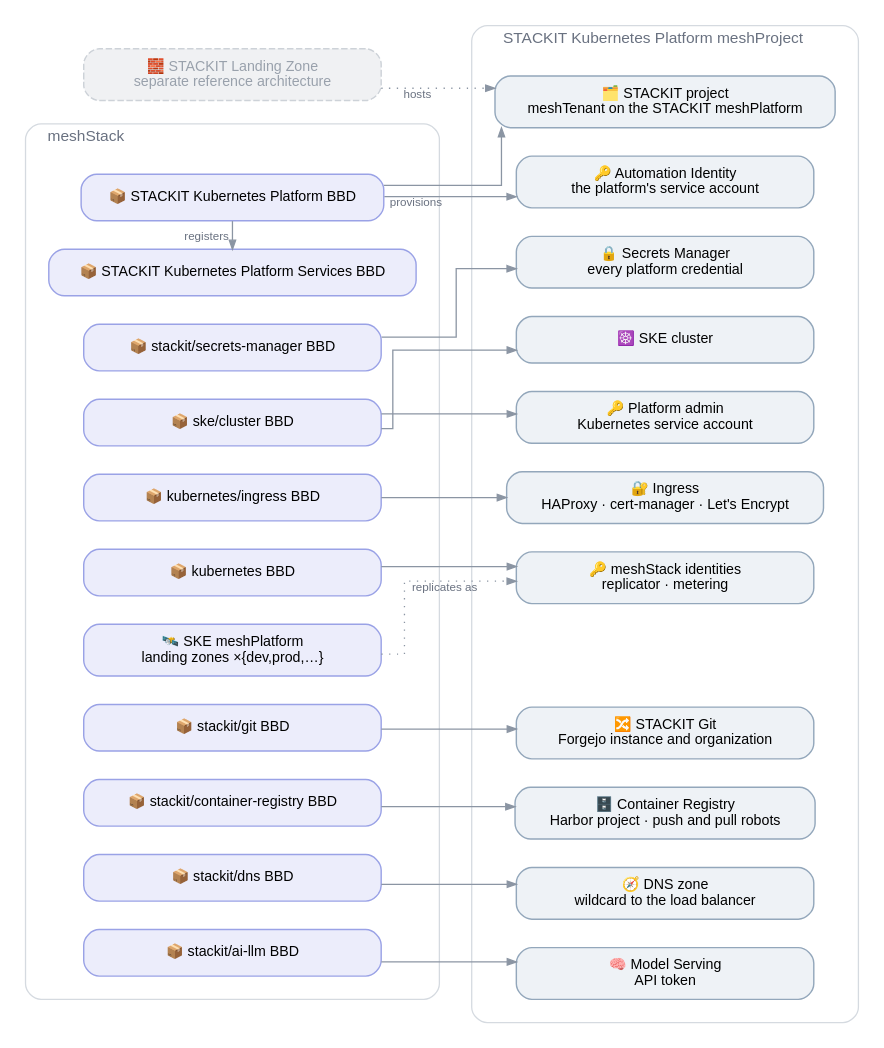
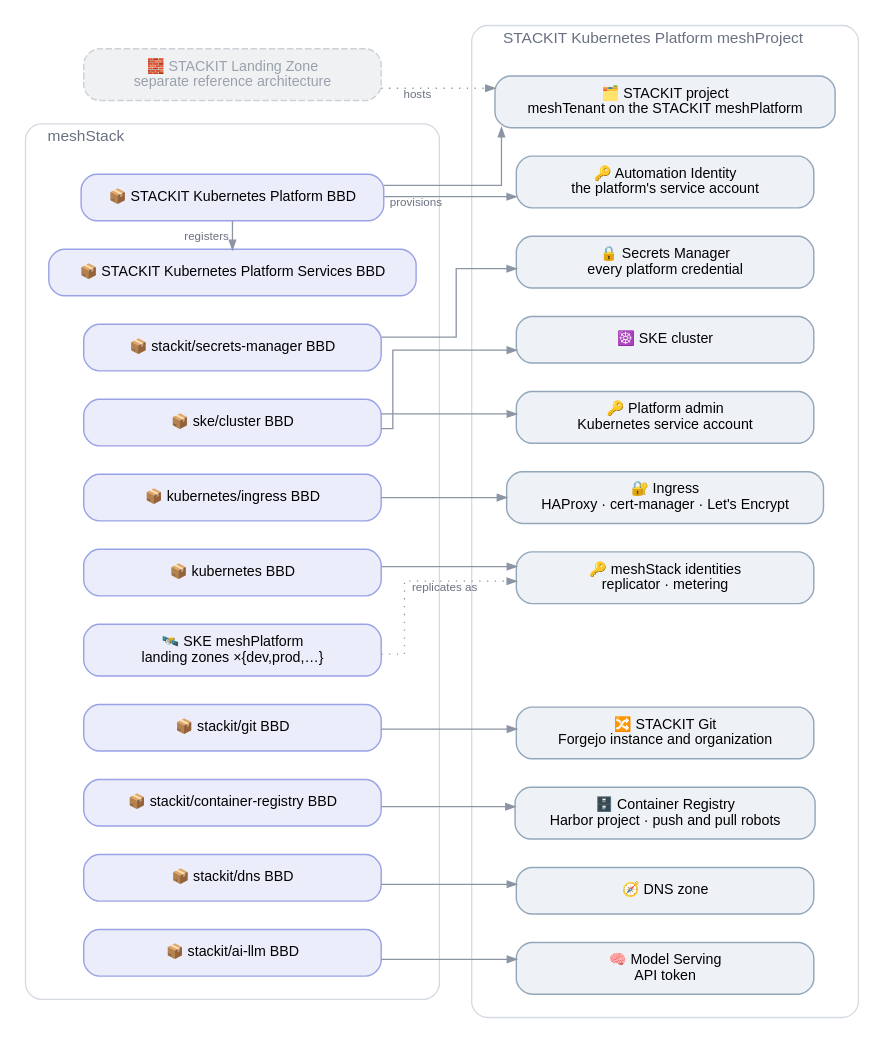
Before and after one commit to meshcloud/meshstack-hub: the diagram in reference-architectures/stackit-kubernetes/stackit-kubernetes.dot, drawn with Graphviz. The commit also changed 1 other file, not shown here.

Commit message:
docs(ref-arch/stackit-kubernetes): drop the wildcard note from the platform-team diagram

```diff
--- a/reference-architectures/stackit-kubernetes/stackit-kubernetes.dot
+++ b/reference-architectures/stackit-kubernetes/stackit-kubernetes.dot
@@ -1,85 +1,85 @@
 /*
  * STACKIT Kubernetes (SKE) reference architecture — platform-team view: the definitions the platform
  * registers and what each provisions. The per-application-team view is
  * stackit-kubernetes-app-team.dot; the building block tree is stackit-kubernetes-building-blocks.dot.
  * rankdir=LR stacks each column top-down, so the diagram stays narrow.
  * Conventions: .agents/references/diagrams.md — render with: task diagrams
  */
 digraph stackit_kubernetes_platform {
   rankdir=LR
   splines=ortho
   forcelabels=true
   bgcolor="white"
   nodesep=0.3
   ranksep=0.85
 
   node [shape=box style="rounded,filled" fontname="Helvetica" fontsize=11
         fillcolor="#ffffff" color="#a2abb8" penwidth=1.1 margin="0.20,0.11" width=3.2]
   edge [fontname="Helvetica" fontsize=9 fontcolor="#697180" color="#8b95a3" arrowsize=0.7]
 
   LZBB [label="🧱 STACKIT Landing Zone\nseparate reference architecture"
         style="rounded,filled,dashed" fillcolor="#f0f1f3" color="#cdd2d8" fontcolor="#99a1ac"]
 
   subgraph cluster_mesh {
     label="  meshStack"
     labeljust=l
     fontname="Helvetica" fontsize=12 fontcolor="#697180"
     style="rounded" color="#d5dae0"
     margin=18
 
     OUTER  [label="📦 STACKIT Kubernetes Platform BBD" fillcolor="#ecedfb" color="#9aa2e6"]
     SVC    [label="📦 STACKIT Kubernetes Platform Services BBD" fillcolor="#ecedfb" color="#9aa2e6"]
     BBD_S  [label="📦 stackit/secrets-manager BBD" fillcolor="#ecedfb" color="#9aa2e6"]
     BBD_K  [label="📦 ske/cluster BBD" fillcolor="#ecedfb" color="#9aa2e6"]
     BBD_I  [label="📦 kubernetes/ingress BBD" fillcolor="#ecedfb" color="#9aa2e6"]
     BBD_A  [label="📦 kubernetes BBD" fillcolor="#ecedfb" color="#9aa2e6"]
     PLAT   [label="🛰️ SKE meshPlatform\nlanding zones ×{dev,prod,…}" fillcolor="#ecedfb" color="#9aa2e6"]
     BBD_G  [label="📦 stackit/git BBD" fillcolor="#ecedfb" color="#9aa2e6"]
     BBD_H  [label="📦 stackit/container-registry BBD" fillcolor="#ecedfb" color="#9aa2e6"]
     BBD_D  [label="📦 stackit/dns BBD" fillcolor="#ecedfb" color="#9aa2e6"]
     BBD_M  [label="📦 stackit/ai-llm BBD" fillcolor="#ecedfb" color="#9aa2e6"]
 
     // Under rankdir=LR a same-rank chain stacks upwards, so it runs bottom to top.
     { rank=same; BBD_M -> BBD_D -> BBD_H -> BBD_G -> PLAT -> BBD_A -> BBD_I -> BBD_K -> BBD_S -> SVC [style=invis] }
     { rank=same; SVC -> OUTER [dir=back xlabel="registers"] }
   }
 
   subgraph cluster_stackit {
     label="  STACKIT Kubernetes Platform meshProject"
     labeljust=l
     fontname="Helvetica" fontsize=12 fontcolor="#697180"
     style="rounded" color="#d5dae0"
     margin=18
 
     PROJ   [label="🗂️ STACKIT project\nmeshTenant on the STACKIT meshPlatform" fillcolor="#eef2f6" color="#93a7bb"]
     SA     [label="🔑 Automation Identity\nthe platform's service account" fillcolor="#eef2f6" color="#93a7bb"]
     SM     [label="🔒 Secrets Manager\nevery platform credential" fillcolor="#eef2f6" color="#93a7bb"]
     SKE    [label="☸️ SKE cluster" fillcolor="#eef2f6" color="#93a7bb"]
     KSA    [label="🔑 Platform admin\nKubernetes service account" fillcolor="#eef2f6" color="#93a7bb"]
     ING    [label="🔐 Ingress\nHAProxy · cert-manager · Let's Encrypt" fillcolor="#eef2f6" color="#93a7bb"]
     AGENT  [label="🔑 meshStack identities\nreplicator · metering" fillcolor="#eef2f6" color="#93a7bb"]
     GIT    [label="🔀 STACKIT Git\nForgejo instance and organization" fillcolor="#eef2f6" color="#93a7bb"]
     HARBOR [label="🗄️ Container Registry\nHarbor project · push and pull robots" fillcolor="#eef2f6" color="#93a7bb"]
-    DNS    [label="🧭 DNS zone\nwildcard to the load balancer" fillcolor="#eef2f6" color="#93a7bb"]
+    DNS    [label="🧭 DNS zone" fillcolor="#eef2f6" color="#93a7bb"]
     MODEL  [label="🧠 Model Serving\nAPI token" fillcolor="#eef2f6" color="#93a7bb"]
 
     // Keeps each resource level with its definition opposite the SKE Platform row.
     PAD [style=invis label=""]
 
     { rank=same; MODEL -> DNS -> HARBOR -> GIT -> PAD -> AGENT -> ING -> KSA -> SKE -> SM -> SA -> PROJ [style=invis] }
   }
 
   LZBB  -> PROJ   [xlabel="hosts" style=dotted]
   OUTER -> PROJ
   OUTER -> SA     [xlabel="provisions"]
   BBD_S -> SM
   BBD_K -> SKE
   BBD_K -> KSA
   BBD_I -> ING
   BBD_A -> AGENT
   PLAT  -> AGENT  [xlabel="replicates as" style=dotted]
   BBD_G -> GIT
   BBD_H -> HARBOR
   BBD_D -> DNS
   BBD_M -> MODEL
 }
```
